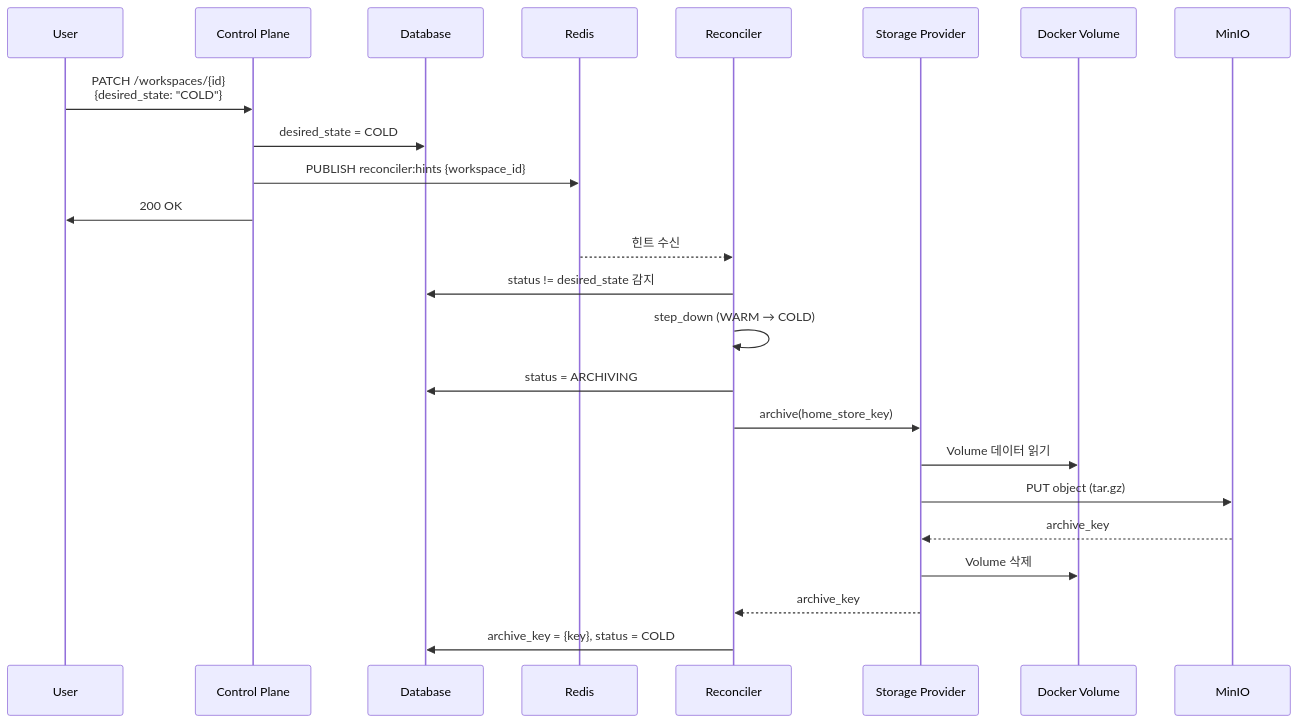
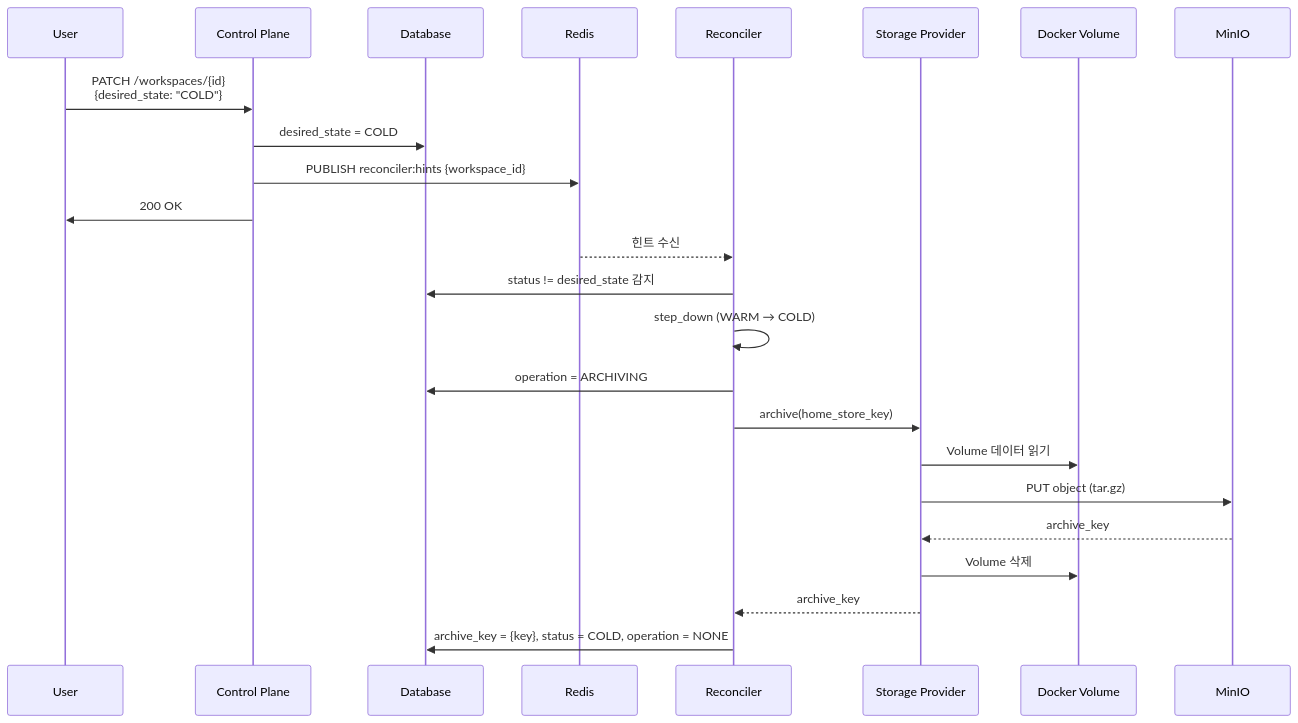
Before and after one commit to cagojeiger/code-hub: the seventh of 10 diagrams in docs/spec_v2/flows.md, drawn with Mermaid. The commit also changed other lines of this file and 4 other files, not shown here.

First line of the commit message:
docs(adr): add ADR-009 for status + operation separation

````diff
--- a/docs/spec_v2/flows.md
+++ b/docs/spec_v2/flows.md
@@ -239,28 +240,28 @@
 ```mermaid
 sequenceDiagram
     participant U as User
     participant API as Control Plane
     participant DB as Database
     participant Redis as Redis
     participant R as Reconciler
     participant S as Storage Provider
     participant V as Docker Volume
     participant M as MinIO
 
     U->>API: PATCH /workspaces/{id}<br/>{desired_state: "COLD"}
     API->>DB: desired_state = COLD
     API->>Redis: PUBLISH reconciler:hints {workspace_id}
     API->>U: 200 OK
 
     Redis-->>R: 힌트 수신
     R->>DB: status != desired_state 감지
     R->>R: step_down (WARM → COLD)
-    R->>DB: status = ARCHIVING
+    R->>DB: operation = ARCHIVING
     R->>S: archive(home_store_key)
     S->>V: Volume 데이터 읽기
     S->>M: PUT object (tar.gz)
     M-->>S: archive_key
     S->>V: Volume 삭제
     S-->>R: archive_key
-    R->>DB: archive_key = {key}, status = COLD
+    R->>DB: archive_key = {key}, status = COLD, operation = NONE
 ```
````
